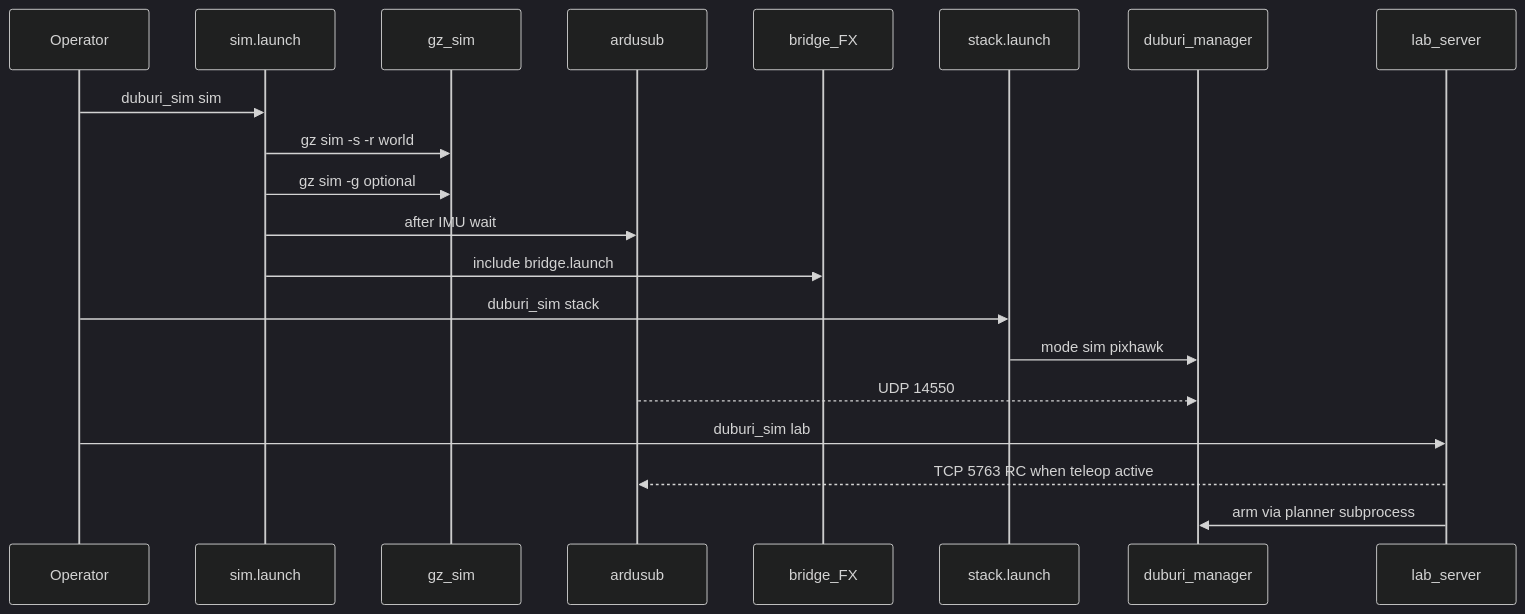
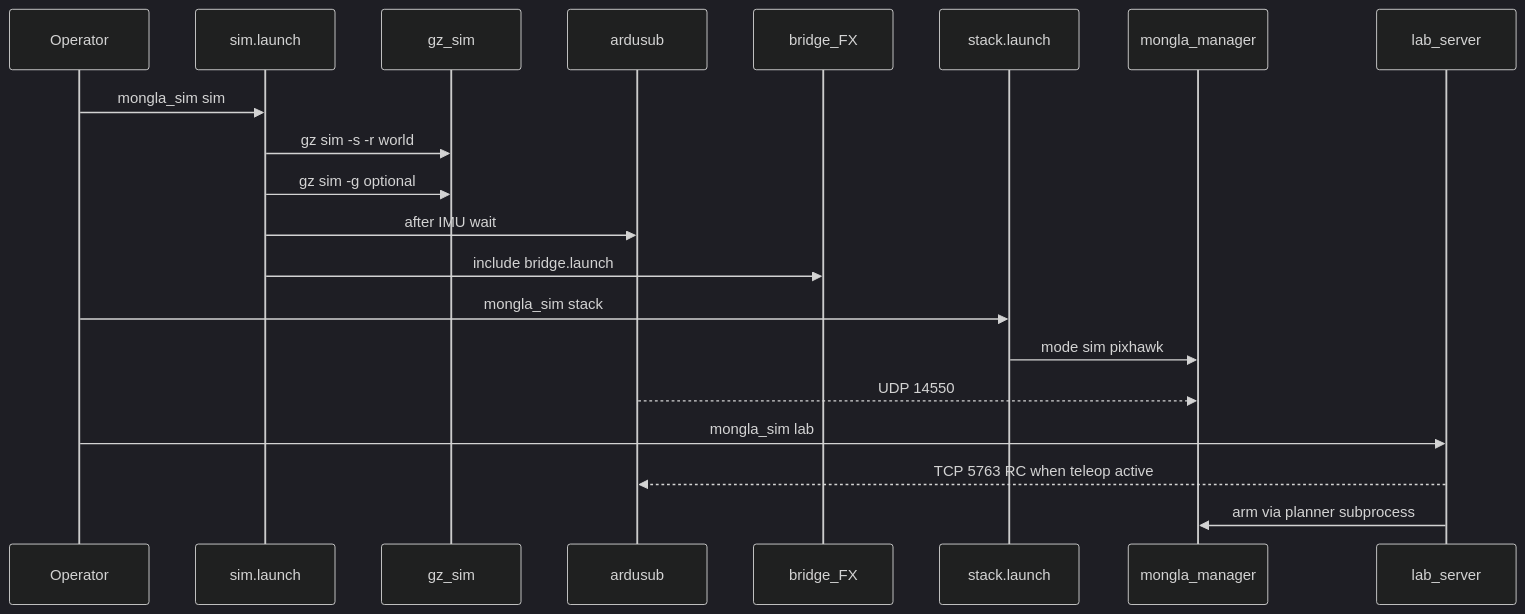
Before and after one commit to fh1m/duburi_ws: the diagram in sim/.context/ARCHITECTURE.md, drawn with Mermaid (dark theme). The commit also changed other lines of this file and 1668 other files, not shown here.

````diff
--- a/sim/.context/ARCHITECTURE.md
+++ b/sim/.context/ARCHITECTURE.md
@@ -16,23 +16,23 @@
 ```mermaid
 sequenceDiagram
   participant Op as Operator
   participant Sim as sim.launch
   participant Gz as gz_sim
   participant AS as ardusub
   participant Br as bridge_FX
   participant Stack as stack.launch
-  participant Mgr as duburi_manager
+  participant Mgr as mongla_manager
   participant Lab as lab_server
 
-  Op->>Sim: duburi_sim sim
+  Op->>Sim: mongla_sim sim
   Sim->>Gz: gz sim -s -r world
   Sim->>Gz: gz sim -g optional
   Sim->>AS: after IMU wait
   Sim->>Br: include bridge.launch
-  Op->>Stack: duburi_sim stack
+  Op->>Stack: mongla_sim stack
   Stack->>Mgr: mode sim pixhawk
   AS-->>Mgr: UDP 14550
-  Op->>Lab: duburi_sim lab
+  Op->>Lab: mongla_sim lab
   Lab-->>AS: TCP 5763 RC when teleop active
   Lab->>Mgr: arm via planner subprocess
 ```
````
